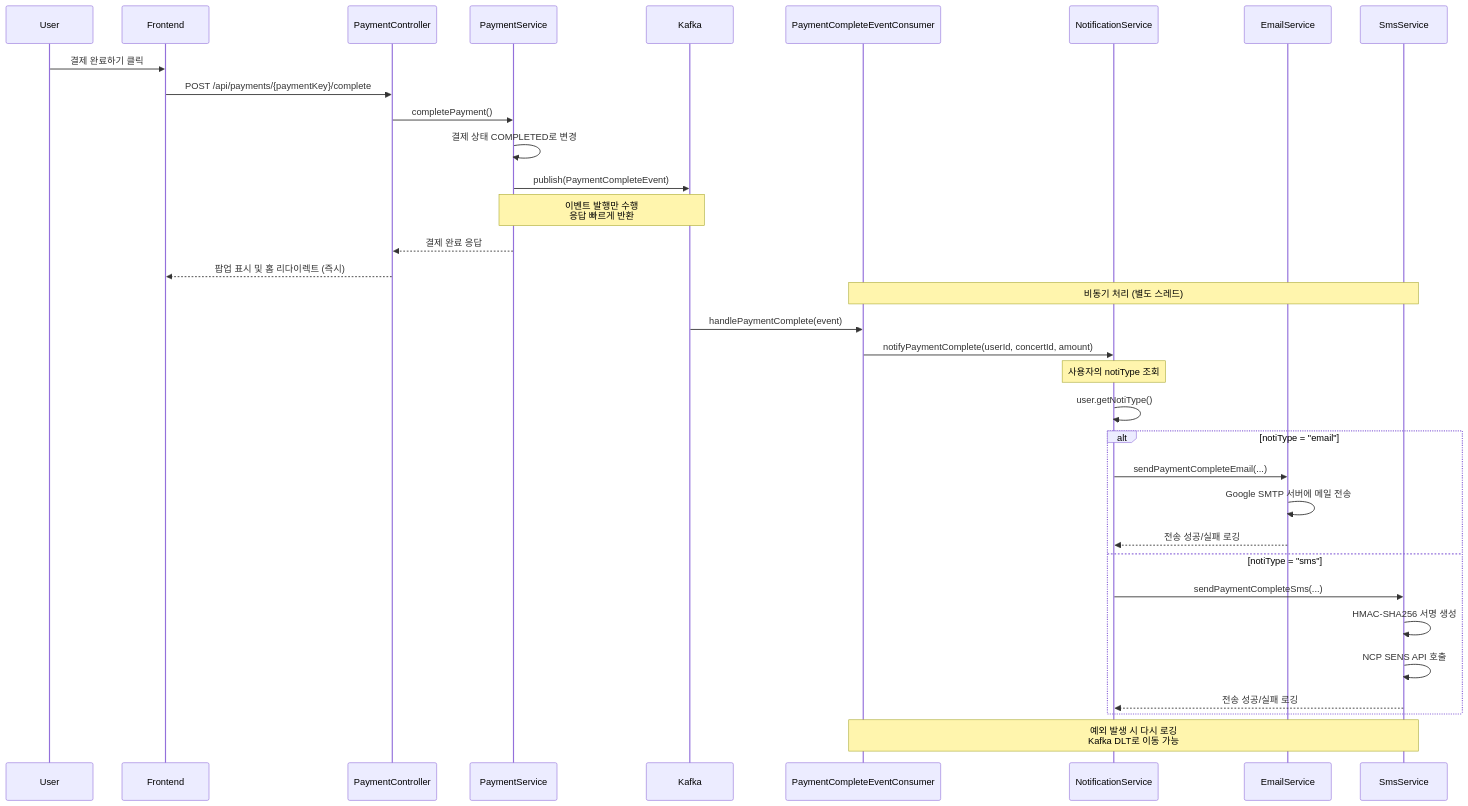
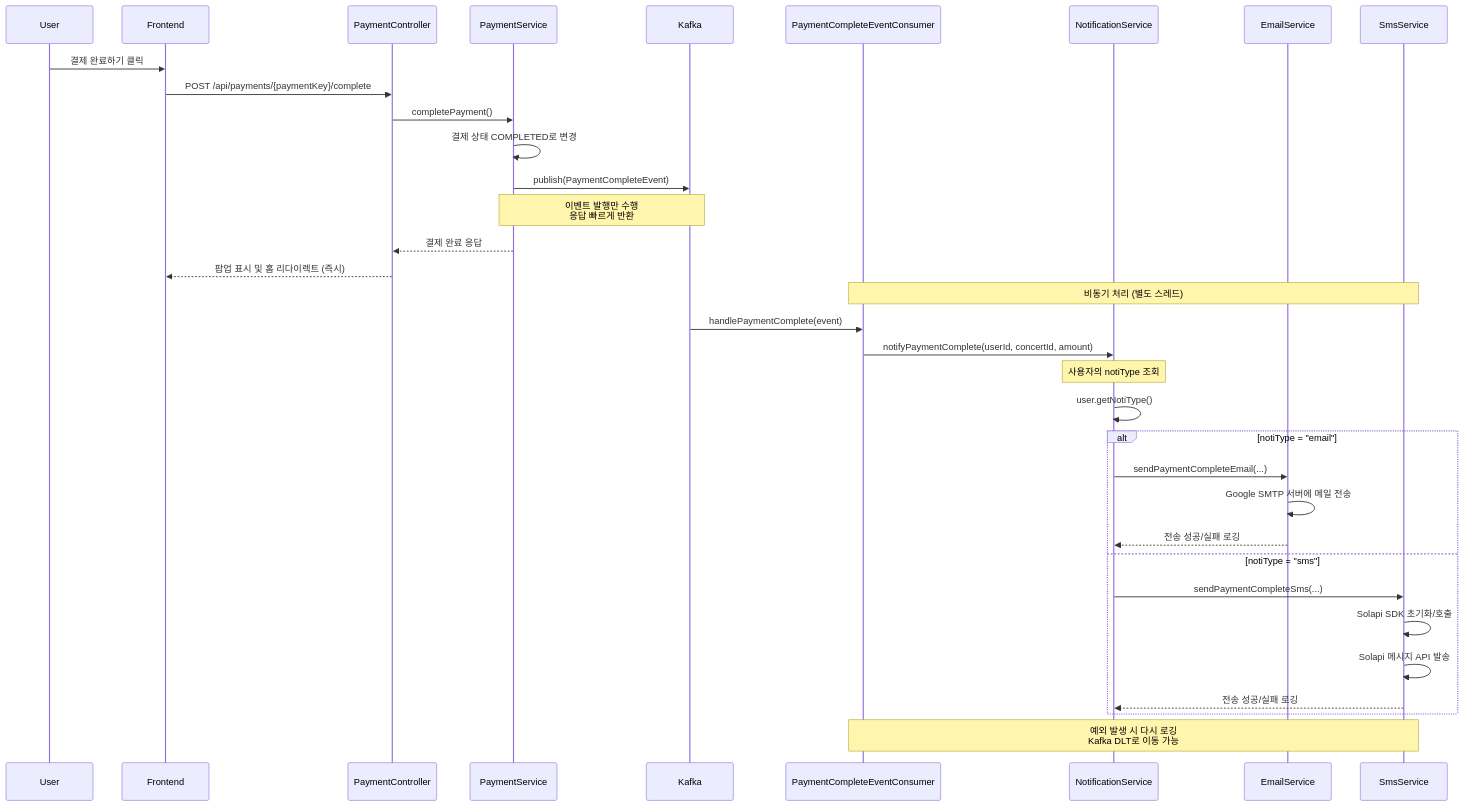
One commit to kiy3035/Ticketing changed the ninth of 12 diagrams in docs/architecture.md. Above: the diagram before and after it, drawn with Mermaid. The commit also changed other lines of this file and 23 other files, not shown here.

````diff
--- a/docs/architecture.md
+++ b/docs/architecture.md
@@ -462,41 +466,41 @@
 ```mermaid
 sequenceDiagram
     participant U as User
     participant FE as Frontend
     participant API as PaymentController
     participant PSvc as PaymentService
     participant K as Kafka
     participant Con as PaymentCompleteEventConsumer
     participant NotifSvc as NotificationService
     participant EmailSvc as EmailService
     participant SmsSvc as SmsService
 
     U->>FE: 결제 완료하기 클릭
     FE->>API: POST /api/payments/{paymentKey}/complete
     API->>PSvc: completePayment()
     PSvc->>PSvc: 결제 상태 COMPLETED로 변경
     PSvc->>K: publish(PaymentCompleteEvent)
     Note over PSvc,K: 이벤트 발행만 수행<br/>응답 빠르게 반환
     PSvc-->>API: 결제 완료 응답
     API-->>FE: 팝업 표시 및 홈 리다이렉트 (즉시)
 
     Note over Con,SmsSvc: 비동기 처리 (별도 스레드)
     K->>Con: handlePaymentComplete(event)
     Con->>NotifSvc: notifyPaymentComplete(userId, concertId, amount)
     
     Note over NotifSvc: 사용자의 notiType 조회
     NotifSvc->>NotifSvc: user.getNotiType()
     
     alt notiType = "email"
         NotifSvc->>EmailSvc: sendPaymentCompleteEmail(...)
         EmailSvc->>EmailSvc: Google SMTP 서버에 메일 전송
         EmailSvc-->>NotifSvc: 전송 성공/실패 로깅
     else notiType = "sms"
         NotifSvc->>SmsSvc: sendPaymentCompleteSms(...)
-        SmsSvc->>SmsSvc: HMAC-SHA256 서명 생성
-        SmsSvc->>SmsSvc: NCP SENS API 호출
+        SmsSvc->>SmsSvc: Solapi SDK 초기화/호출
+        SmsSvc->>SmsSvc: Solapi 메시지 API 발송
         SmsSvc-->>NotifSvc: 전송 성공/실패 로깅
     end
     
     Note over Con,SmsSvc: 예외 발생 시 다시 로깅<br/>Kafka DLT로 이동 가능
 ```
````
